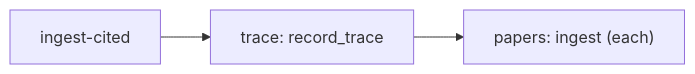
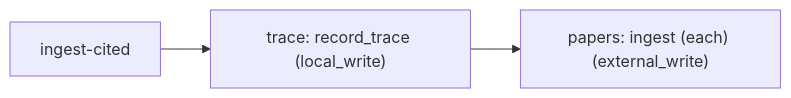
Before and after one commit to Jake36999/Librarian_V2: diagram 17 of 30 in reports/2026-11-20-workflow-map/WORKFLOW-MAP.md, drawn with Mermaid. The commit also changed other lines of this file and 6 other files, not shown here.

````diff
--- a/reports/2026-11-20-workflow-map/WORKFLOW-MAP.md
+++ b/reports/2026-11-20-workflow-map/WORKFLOW-MAP.md
@@ -241,8 +241,8 @@
 ```mermaid
 flowchart LR
   s["ingest-cited"]
-  n0["trace: record_trace"]
+  n0["trace: record_trace (local_write)"]
   s --> n0
-  n1["papers: ingest (each)"]
+  n1["papers: ingest (each) (external_write)"]
   n0 --> n1
 ```
````
